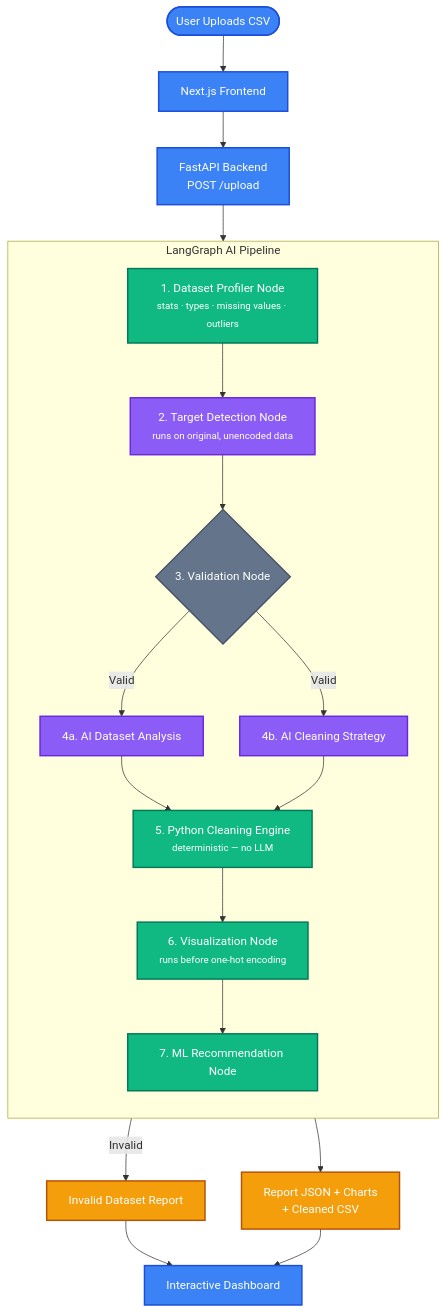
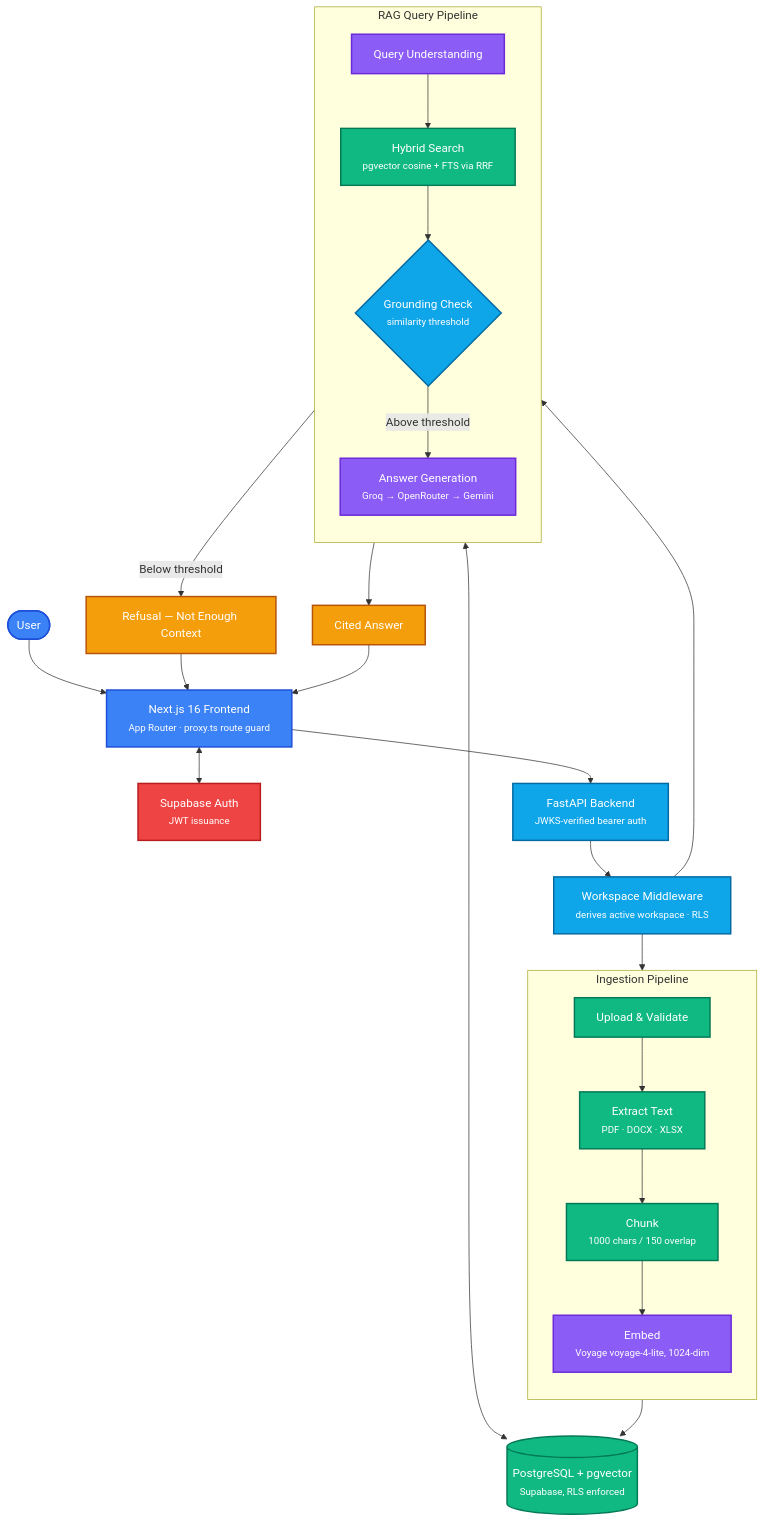
Before and after one commit to AaryaMakthala/AI-Assistant: the first of 3 diagrams in README.md, drawn with Mermaid. The commit also changed other lines of this file, not shown here.

````diff
--- a/README.md
+++ b/README.md
@@ -69,37 +62,46 @@
 ```mermaid
 flowchart TD
     classDef client fill:#3b82f6,stroke:#1d4ed8,stroke-width:2px,color:#fff;
+    classDef auth fill:#ef4444,stroke:#b91c1c,stroke-width:2px,color:#fff;
+    classDef api fill:#0ea5e9,stroke:#0369a1,stroke-width:2px,color:#fff;
     classDef aiNode fill:#8b5cf6,stroke:#6d28d9,stroke-width:2px,color:#fff;
-    classDef pyNode fill:#10b981,stroke:#047857,stroke-width:2px,color:#fff;
-    classDef decision fill:#64748b,stroke:#475569,stroke-width:2px,color:#fff;
+    classDef dataNode fill:#10b981,stroke:#047857,stroke-width:2px,color:#fff;
     classDef output fill:#f59e0b,stroke:#b45309,stroke-width:2px,color:#fff;
 
-    User(["User Uploads CSV"]):::client
-    Frontend["Next.js Frontend"]:::client
-    API["FastAPI Backend<br/>POST /upload"]:::client
+    User(["User"]):::client
+    Frontend["Next.js 16 Frontend<br/><small>App Router · proxy.ts route guard</small>"]:::client
+    Supabase["Supabase Auth<br/><small>JWT issuance</small>"]:::auth
+    API["FastAPI Backend<br/><small>JWKS-verified bearer auth</small>"]:::api
+    Workspace["Workspace Middleware<br/><small>derives active workspace · RLS</small>"]:::api
 
-    subgraph LG["LangGraph AI Pipeline"]
+    subgraph Ingestion["Ingestion Pipeline"]
         direction TB
-        Profiler["1. Dataset Profiler Node<br/><small>stats · types · missing values · outliers</small>"]:::pyNode
-        TargetDetect["2. Target Detection Node<br/><small>runs on original, unencoded data</small>"]:::aiNode
-        Validate{"3. Validation Node"}:::decision
-        LLMAnalysis["4a. AI Dataset Analysis"]:::aiNode
-        LLMClean["4b. AI Cleaning Strategy"]:::aiNode
-        Cleaner["5. Python Cleaning Engine<br/><small>deterministic — no LLM</small>"]:::pyNode
-        Viz["6. Visualization Node<br/><small>runs before one-hot encoding</small>"]:::pyNode
-        MLRec["7. ML Recommendation Node"]:::pyNode
+        Upload["Upload &amp; Validate"]:::dataNode
+        Extract["Extract Text<br/><small>PDF · DOCX · XLSX</small>"]:::dataNode
+        Chunk["Chunk<br/><small>1000 chars / 150 overlap</small>"]:::dataNode
+        Embed["Embed<br/><small>Voyage voyage-4-lite, 1024-dim</small>"]:::aiNode
     end
 
-    Invalid["Invalid Dataset Report"]:::output
-    Report["Report JSON + Charts<br/>+ Cleaned CSV"]:::output
-    Dashboard["Interactive Dashboard"]:::client
+    subgraph RAG["RAG Query Pipeline"]
+        direction TB
+        QU["Query Understanding"]:::aiNode
+        Search["Hybrid Search<br/><small>pgvector cosine + FTS via RRF</small>"]:::dataNode
+        Ground{"Grounding Check<br/><small>similarity threshold</small>"}:::api
+        Gen["Answer Generation<br/><small>Groq → OpenRouter → Gemini</small>"]:::aiNode
+    end
 
-    User --> Frontend --> API --> Profiler
-    Profiler --> TargetDetect --> Validate
-    Validate -- "Invalid" --> Invalid --> Dashboard
-    Validate -- "Valid" --> LLMAnalysis
-    Validate -- "Valid" --> LLMClean
-    LLMAnalysis --> Cleaner
-    LLMClean --> Cleaner
-    Cleaner --> Viz --> MLRec --> Report --> Dashboard
+    DB[("PostgreSQL + pgvector<br/><small>Supabase, RLS enforced</small>")]:::dataNode
+    Refusal["Refusal — Not Enough Context"]:::output
+    Answer["Cited Answer"]:::output
+
+    User --> Frontend
+    Frontend <--> Supabase
+    Frontend --> API --> Workspace
+    Workspace --> Ingestion
+    Workspace --> RAG
+    Upload --> Extract --> Chunk --> Embed --> DB
+    QU --> Search --> Ground
+    Search <--> DB
+    Ground -- "Below threshold" --> Refusal --> Frontend
+    Ground -- "Above threshold" --> Gen --> Answer --> Frontend
 ```
````
